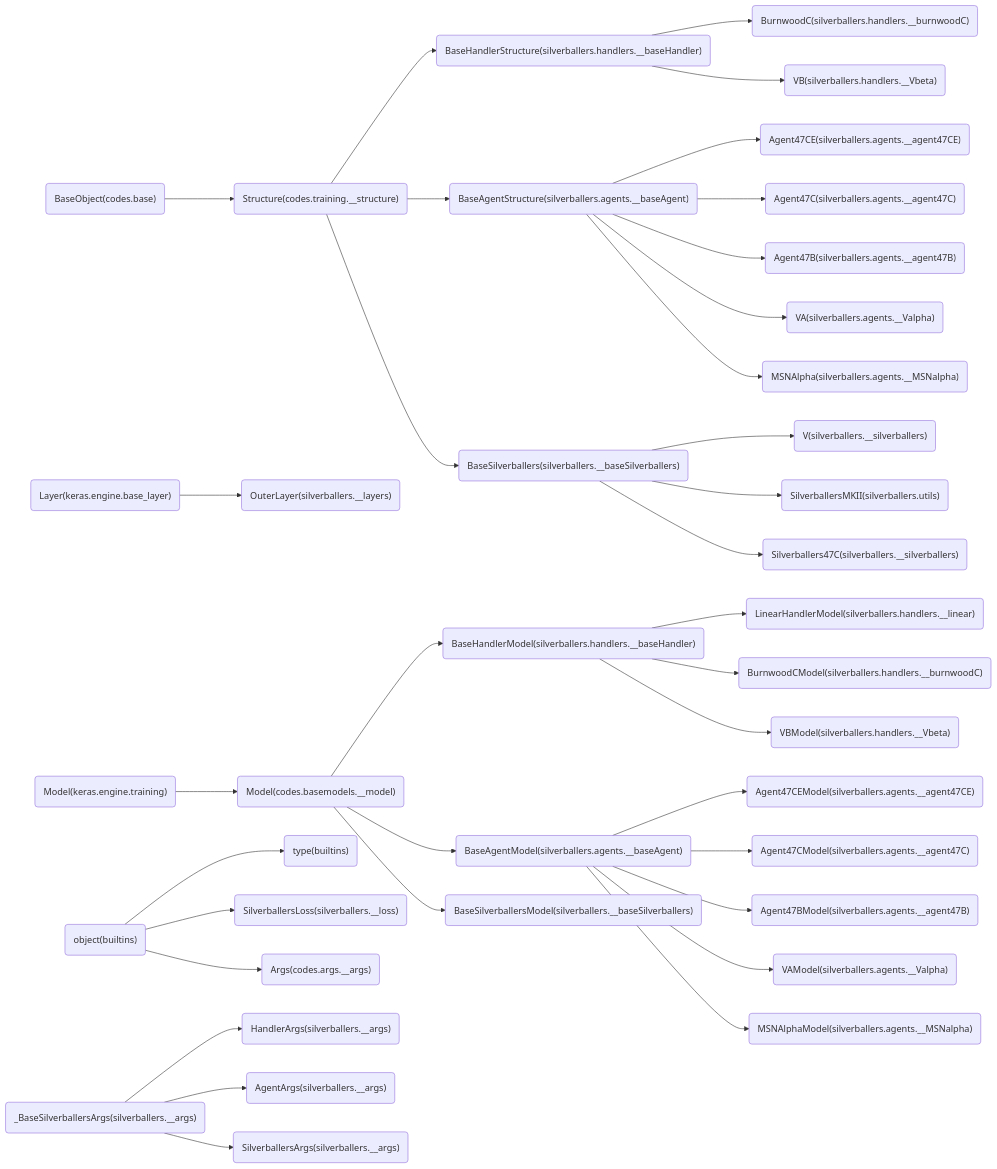
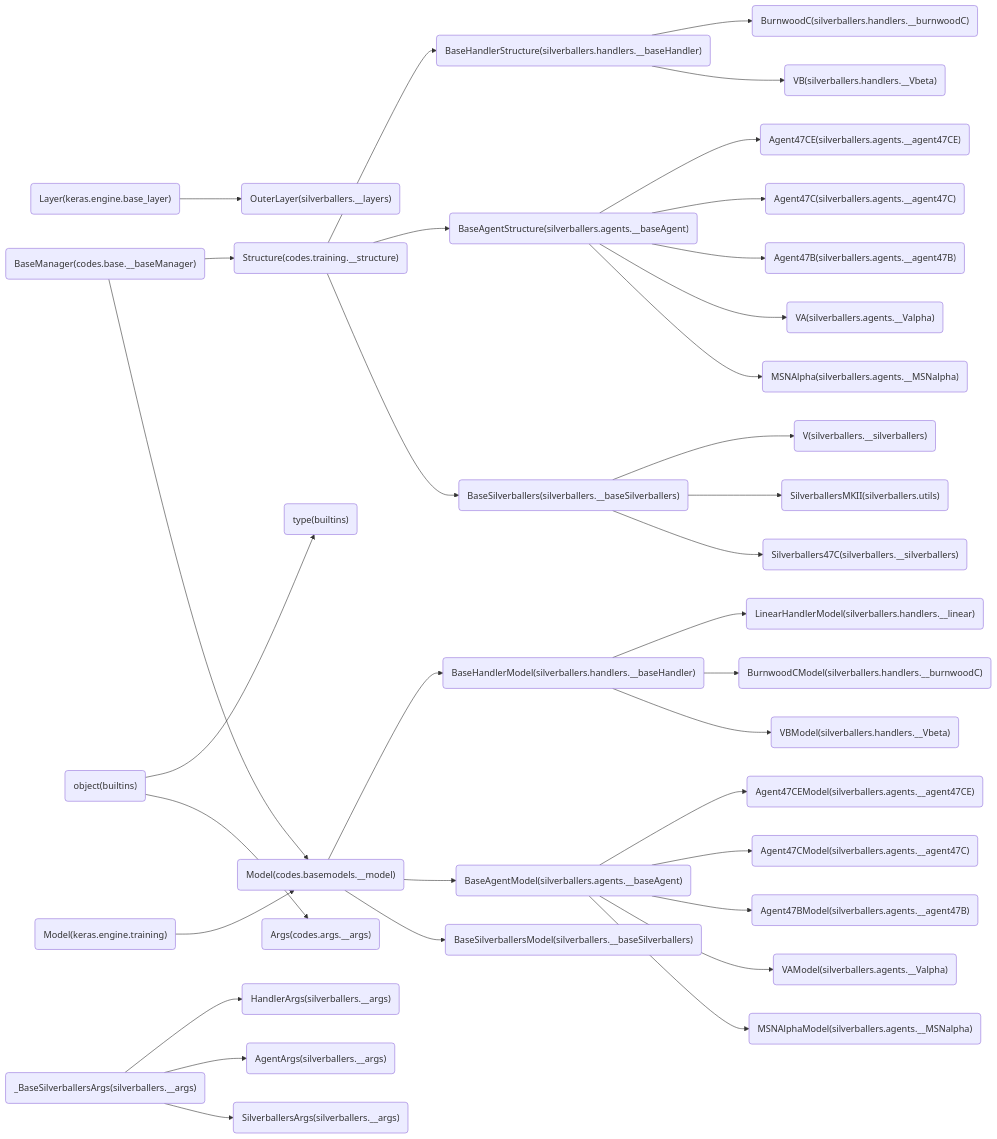
Before and after one commit to cocoon2wong/Project-Jocker: the second of 2 diagrams in classRef.md, drawn with Mermaid. The commit also changed other lines of this file and 1 other file, not shown here.

````diff
--- a/classRef.md
+++ b/classRef.md
@@ -81,36 +87,36 @@
 ```mermaid
     graph LR
         silverballers.handlers.__baseHandler_BaseHandlerModel("BaseHandlerModel(silverballers.handlers.__baseHandler)") --> silverballers.handlers.__linear_LinearHandlerModel("LinearHandlerModel(silverballers.handlers.__linear)")
         builtins_object("object(builtins)") --> builtins_type("type(builtins)")
         silverballers.__args__BaseSilverballersArgs("_BaseSilverballersArgs(silverballers.__args)") --> silverballers.__args_HandlerArgs("HandlerArgs(silverballers.__args)")
         codes.basemodels.__model_Model("Model(codes.basemodels.__model)") --> silverballers.handlers.__baseHandler_BaseHandlerModel("BaseHandlerModel(silverballers.handlers.__baseHandler)")
         keras.engine.base_layer_Layer("Layer(keras.engine.base_layer)") --> silverballers.__layers_OuterLayer("OuterLayer(silverballers.__layers)")
         silverballers.handlers.__baseHandler_BaseHandlerModel("BaseHandlerModel(silverballers.handlers.__baseHandler)") --> silverballers.handlers.__burnwoodC_BurnwoodCModel("BurnwoodCModel(silverballers.handlers.__burnwoodC)")
         silverballers.handlers.__baseHandler_BaseHandlerStructure("BaseHandlerStructure(silverballers.handlers.__baseHandler)") --> silverballers.handlers.__burnwoodC_BurnwoodC("BurnwoodC(silverballers.handlers.__burnwoodC)")
         codes.training.__structure_Structure("Structure(codes.training.__structure)") --> silverballers.handlers.__baseHandler_BaseHandlerStructure("BaseHandlerStructure(silverballers.handlers.__baseHandler)")
-        codes.base_BaseObject("BaseObject(codes.base)") --> codes.training.__structure_Structure("Structure(codes.training.__structure)")
-        builtins_object("object(builtins)") --> silverballers.__loss_SilverballersLoss("SilverballersLoss(silverballers.__loss)")
+        codes.base.__baseManager_BaseManager("BaseManager(codes.base.__baseManager)") --> codes.training.__structure_Structure("Structure(codes.training.__structure)")
         keras.engine.training_Model("Model(keras.engine.training)") --> codes.basemodels.__model_Model("Model(codes.basemodels.__model)")
+        codes.base.__baseManager_BaseManager("BaseManager(codes.base.__baseManager)") --> codes.basemodels.__model_Model("Model(codes.basemodels.__model)")
         silverballers.handlers.__baseHandler_BaseHandlerModel("BaseHandlerModel(silverballers.handlers.__baseHandler)") --> silverballers.handlers.__Vbeta_VBModel("VBModel(silverballers.handlers.__Vbeta)")
         silverballers.handlers.__baseHandler_BaseHandlerStructure("BaseHandlerStructure(silverballers.handlers.__baseHandler)") --> silverballers.handlers.__Vbeta_VB("VB(silverballers.handlers.__Vbeta)")
         codes.training.__structure_Structure("Structure(codes.training.__structure)") --> silverballers.agents.__baseAgent_BaseAgentStructure("BaseAgentStructure(silverballers.agents.__baseAgent)")
         codes.basemodels.__model_Model("Model(codes.basemodels.__model)") --> silverballers.agents.__baseAgent_BaseAgentModel("BaseAgentModel(silverballers.agents.__baseAgent)")
         silverballers.__args__BaseSilverballersArgs("_BaseSilverballersArgs(silverballers.__args)") --> silverballers.__args_AgentArgs("AgentArgs(silverballers.__args)")
         silverballers.agents.__baseAgent_BaseAgentModel("BaseAgentModel(silverballers.agents.__baseAgent)") --> silverballers.agents.__agent47CE_Agent47CEModel("Agent47CEModel(silverballers.agents.__agent47CE)")
         silverballers.agents.__baseAgent_BaseAgentStructure("BaseAgentStructure(silverballers.agents.__baseAgent)") --> silverballers.agents.__agent47CE_Agent47CE("Agent47CE(silverballers.agents.__agent47CE)")
         silverballers.agents.__baseAgent_BaseAgentModel("BaseAgentModel(silverballers.agents.__baseAgent)") --> silverballers.agents.__agent47C_Agent47CModel("Agent47CModel(silverballers.agents.__agent47C)")
         silverballers.agents.__baseAgent_BaseAgentStructure("BaseAgentStructure(silverballers.agents.__baseAgent)") --> silverballers.agents.__agent47C_Agent47C("Agent47C(silverballers.agents.__agent47C)")
         silverballers.agents.__baseAgent_BaseAgentModel("BaseAgentModel(silverballers.agents.__baseAgent)") --> silverballers.agents.__agent47B_Agent47BModel("Agent47BModel(silverballers.agents.__agent47B)")
         silverballers.agents.__baseAgent_BaseAgentStructure("BaseAgentStructure(silverballers.agents.__baseAgent)") --> silverballers.agents.__agent47B_Agent47B("Agent47B(silverballers.agents.__agent47B)")
         silverballers.agents.__baseAgent_BaseAgentModel("BaseAgentModel(silverballers.agents.__baseAgent)") --> silverballers.agents.__Valpha_VAModel("VAModel(silverballers.agents.__Valpha)")
         silverballers.agents.__baseAgent_BaseAgentStructure("BaseAgentStructure(silverballers.agents.__baseAgent)") --> silverballers.agents.__Valpha_VA("VA(silverballers.agents.__Valpha)")
         silverballers.agents.__baseAgent_BaseAgentModel("BaseAgentModel(silverballers.agents.__baseAgent)") --> silverballers.agents.__MSNalpha_MSNAlphaModel("MSNAlphaModel(silverballers.agents.__MSNalpha)")
         silverballers.agents.__baseAgent_BaseAgentStructure("BaseAgentStructure(silverballers.agents.__baseAgent)") --> silverballers.agents.__MSNalpha_MSNAlpha("MSNAlpha(silverballers.agents.__MSNalpha)")
         silverballers.__baseSilverballers_BaseSilverballers("BaseSilverballers(silverballers.__baseSilverballers)") --> silverballers.__silverballers_V("V(silverballers.__silverballers)")
         codes.basemodels.__model_Model("Model(codes.basemodels.__model)") --> silverballers.__baseSilverballers_BaseSilverballersModel("BaseSilverballersModel(silverballers.__baseSilverballers)")
         silverballers.__baseSilverballers_BaseSilverballers("BaseSilverballers(silverballers.__baseSilverballers)") --> silverballers.utils_SilverballersMKII("SilverballersMKII(silverballers.utils)")
         silverballers.__args__BaseSilverballersArgs("_BaseSilverballersArgs(silverballers.__args)") --> silverballers.__args_SilverballersArgs("SilverballersArgs(silverballers.__args)")
         silverballers.__baseSilverballers_BaseSilverballers("BaseSilverballers(silverballers.__baseSilverballers)") --> silverballers.__silverballers_Silverballers47C("Silverballers47C(silverballers.__silverballers)")
         codes.training.__structure_Structure("Structure(codes.training.__structure)") --> silverballers.__baseSilverballers_BaseSilverballers("BaseSilverballers(silverballers.__baseSilverballers)")
         builtins_object("object(builtins)") --> codes.args.__args_Args("Args(codes.args.__args)")
 ```
````
